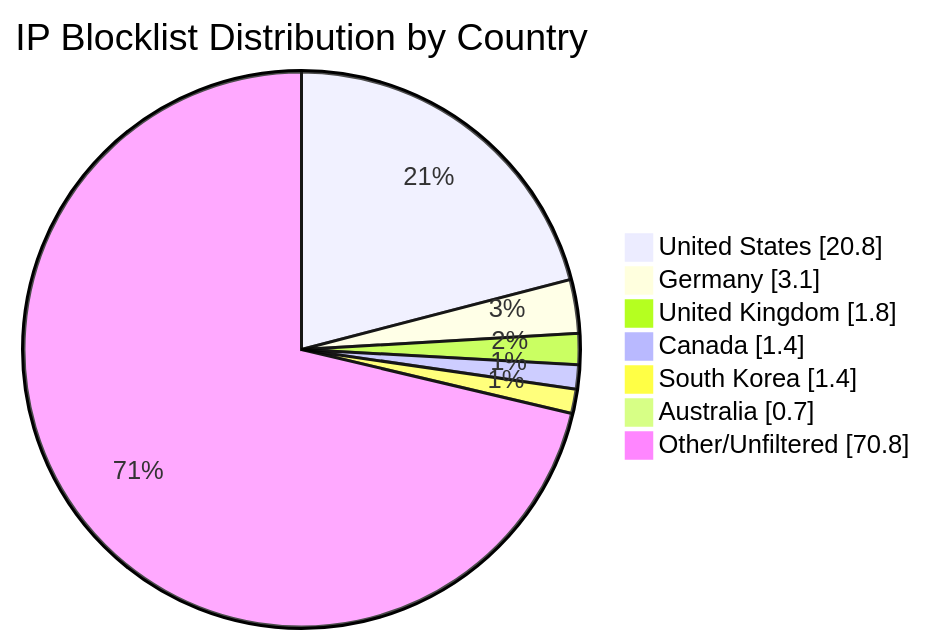
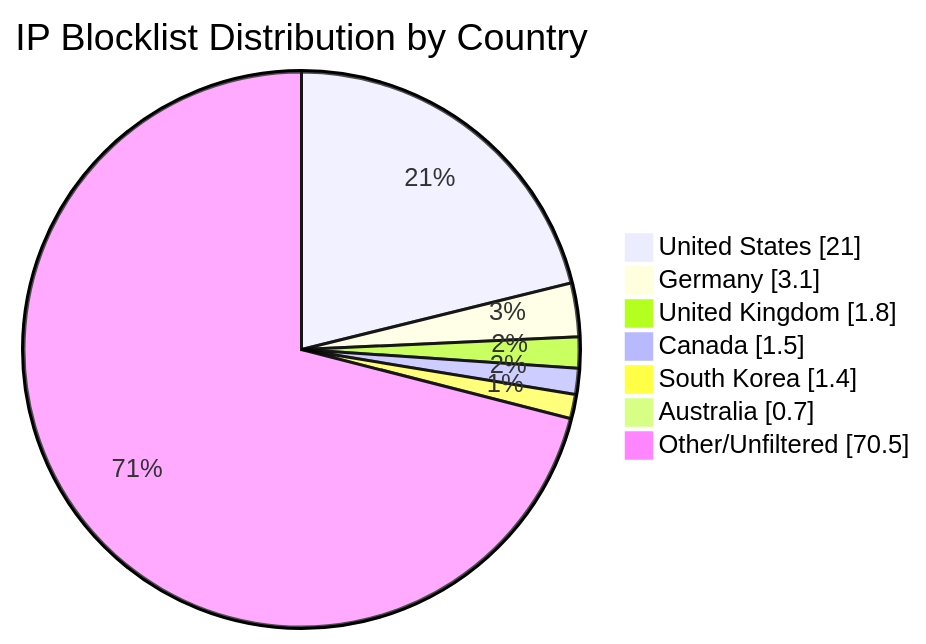
The diagram in README.md (MarcusHoltz/ipblocklist-geofiltered-aggregator), drawn with Mermaid before and after one commit. The commit also changed other lines of this file and 9 other files, not shown here.

````diff
--- a/README.md
+++ b/README.md
@@ -34,10 +34,10 @@
 ```mermaid
 pie showData title IP Blocklist Distribution by Country
-"United States" : 20.8
+"United States" : 21.0
 "Germany" : 3.1
 "United Kingdom" : 1.8
-"Canada" : 1.4
+"Canada" : 1.5
 "South Korea" : 1.4
 "Australia" : 0.7
-"Other/Unfiltered" : 70.8
+"Other/Unfiltered" : 70.5
 ```
````
